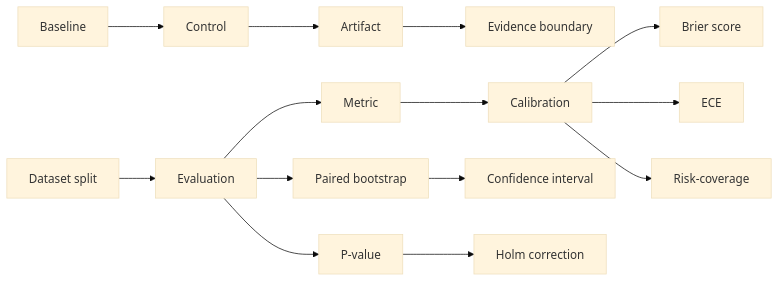
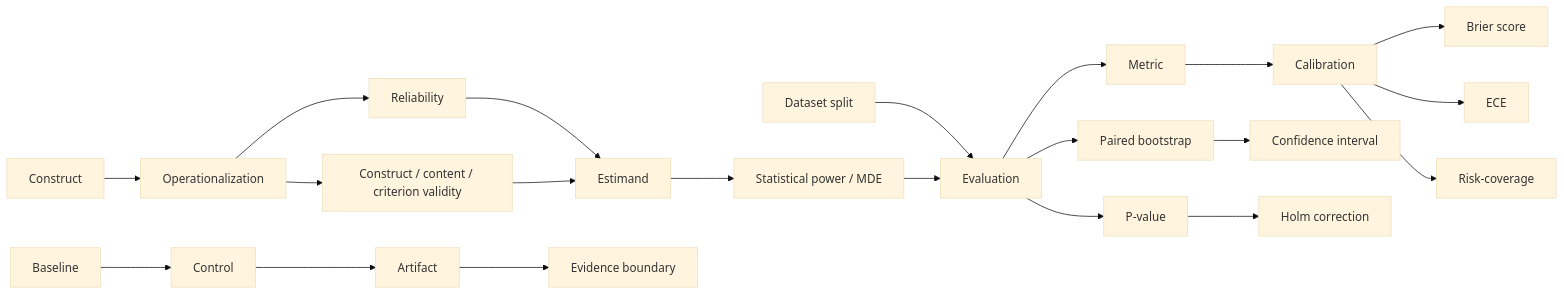
The ninth of 9 diagrams in docs/reference/concept-map.md (NightLemon/about-llm), drawn with Mermaid (base theme) before and after one commit. The commit also changed other lines of this file and 14 other files, not shown here.

````diff
--- a/docs/reference/concept-map.md
+++ b/docs/reference/concept-map.md
@@ -170,16 +170,23 @@
 ```mermaid
 flowchart LR
+  CT["Construct"] --> OP["Operationalization"]
+  OP --> REL["Reliability"]
+  OP --> VAL["Construct / content / criterion validity"]
+  REL --> EST["Estimand"]
+  VAL --> EST
+  EST --> POW["Statistical power / MDE"]
   B["Baseline"] --> C["Control"]
   C --> A["Artifact"]
   A --> E["Evidence boundary"]
   DS["Dataset split"] --> EV["Evaluation"]
+  POW --> EV
   EV --> M["Metric"]
   M --> CAL["Calibration"]
   CAL --> BS["Brier score"]
   CAL --> ECE["ECE"]
   CAL --> RC["Risk-coverage"]
   EV --> PB["Paired bootstrap"]
   PB --> CI["Confidence interval"]
   EV --> PV["P-value"]
   PV --> H["Holm correction"]
 ```
````
